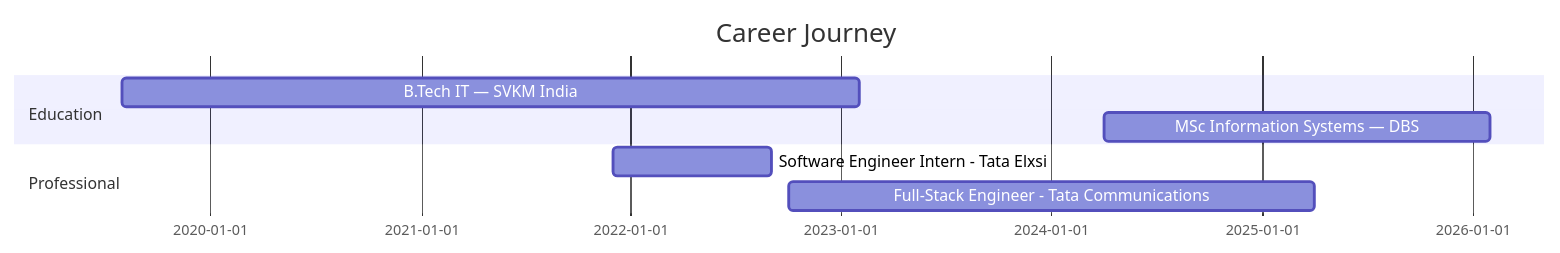
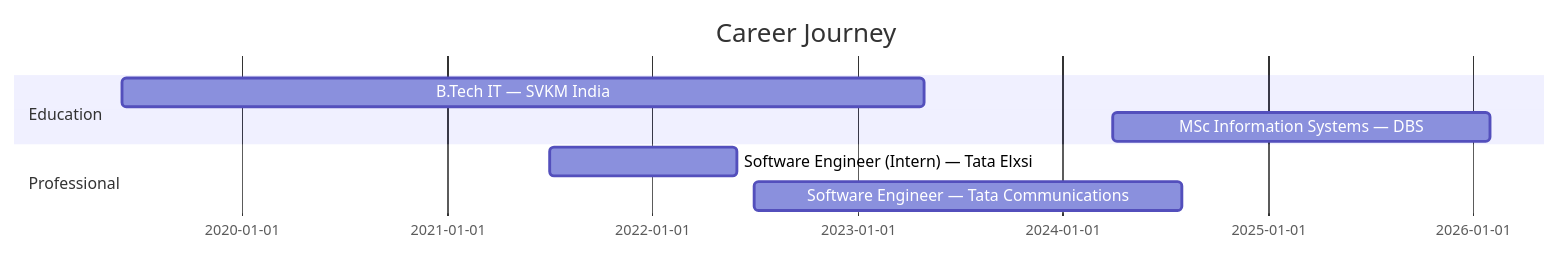
The diagram in README.md (imyogeshgaikwad/imyogeshgaikwad), drawn with Mermaid before and after one commit. The commit also changed other lines of this file, not shown here.

````diff
--- a/README.md
+++ b/README.md
@@ -245,11 +247,11 @@
 ```mermaid
 gantt
     title Career Journey
     dateFormat  YYYY-MM
     section Education
-    B.Tech IT — SVKM India           :2019-08, 2023-02
+    B.Tech IT — SVKM India           :2019-06, 2023-05
     MSc Information Systems — DBS    :2024-04, 2026-02
     section Professional
-    Software Engineer Intern - Tata Elxsi    :2021-12, 2022-09
-    Full-Stack Engineer - Tata Communications:2022-10, 2025-04
+    Software Engineer (Intern) — Tata Elxsi      :2021-07, 2022-06
+    Software Engineer — Tata Communications      :2022-07, 2024-08
 ```
````
